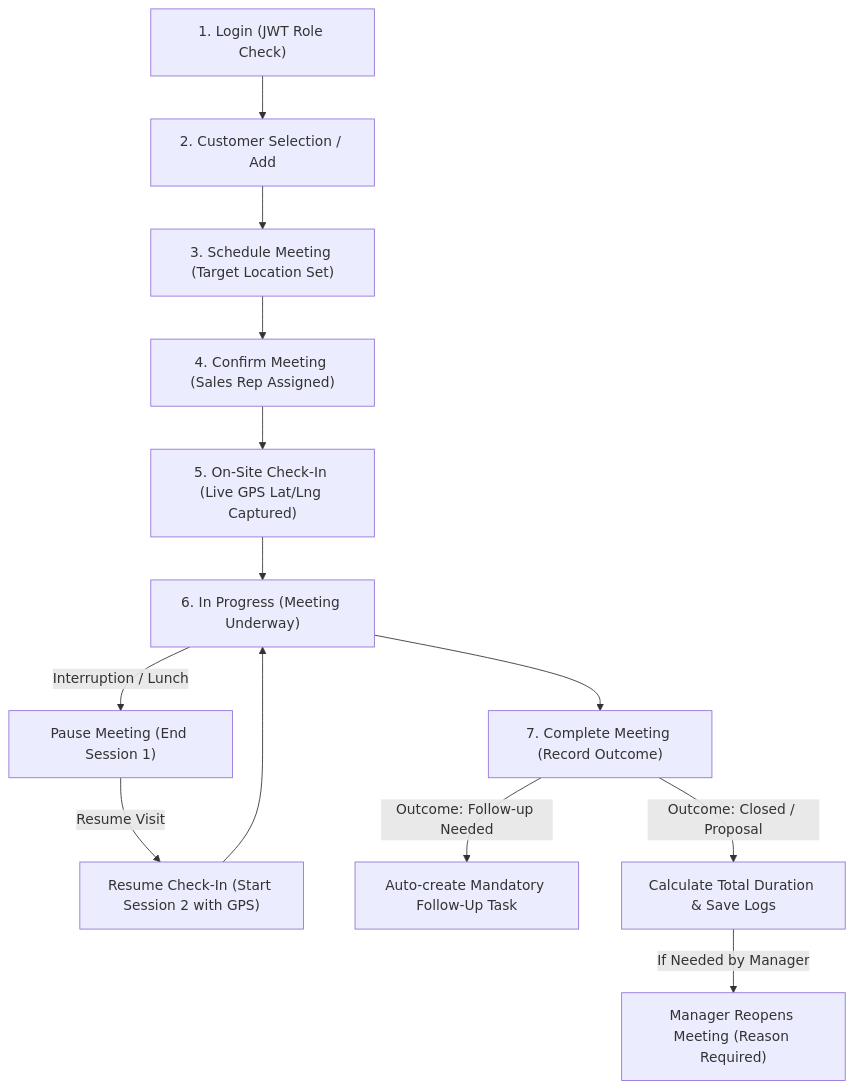
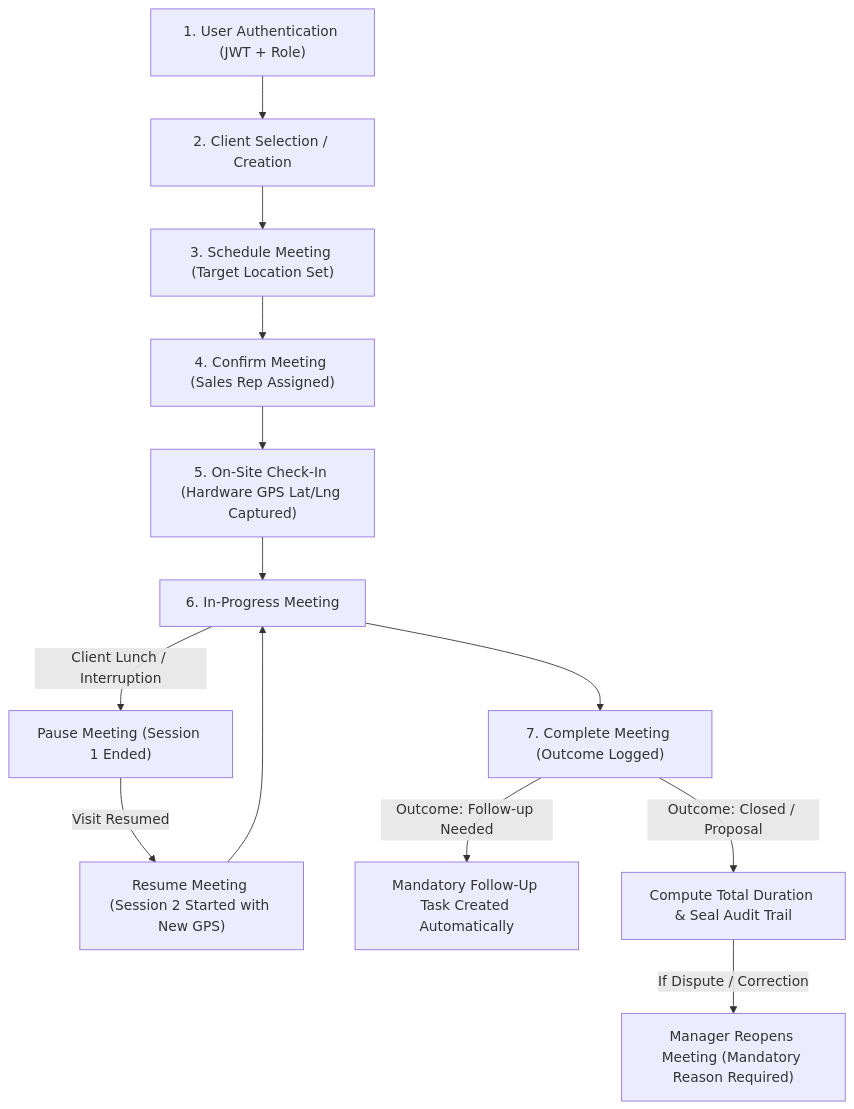
Before and after one commit to riTtik716/Optronix_Technical: the diagram in PROJECT_EXPLANATION.md, drawn with Mermaid. The commit also changed other lines of this file, not shown here.

````diff
--- a/PROJECT_EXPLANATION.md
+++ b/PROJECT_EXPLANATION.md
@@ -36,15 +39,15 @@
 ```mermaid
 flowchart TD
-    A["1. Login (JWT Role Check)"] --> B["2. Customer Selection / Add"]
+    A["1. User Authentication (JWT + Role)"] --> B["2. Client Selection / Creation"]
     B --> C["3. Schedule Meeting (Target Location Set)"]
     C --> D["4. Confirm Meeting (Sales Rep Assigned)"]
-    D --> E["5. On-Site Check-In (Live GPS Lat/Lng Captured)"]
-    E --> F["6. In Progress (Meeting Underway)"]
-    F -->|Interruption / Lunch| G["Pause Meeting (End Session 1)"]
-    G -->|Resume Visit| H["Resume Check-In (Start Session 2 with GPS)"]
+    D --> E["5. On-Site Check-In (Hardware GPS Lat/Lng Captured)"]
+    E --> F["6. In-Progress Meeting"]
+    F -->|Client Lunch / Interruption| G["Pause Meeting (Session 1 Ended)"]
+    G -->|Visit Resumed| H["Resume Meeting (Session 2 Started with New GPS)"]
     H --> F
-    F --> I["7. Complete Meeting (Record Outcome)"]
-    I -->|Outcome: Follow-up Needed| J["Auto-create Mandatory Follow-Up Task"]
-    I -->|Outcome: Closed / Proposal| K["Calculate Total Duration & Save Logs"]
-    K -->|If Needed by Manager| L["Manager Reopens Meeting (Reason Required)"]
+    F --> I["7. Complete Meeting (Outcome Logged)"]
+    I -->|Outcome: Follow-up Needed| J["Mandatory Follow-Up Task Created Automatically"]
+    I -->|Outcome: Closed / Proposal| K["Compute Total Duration & Seal Audit Trail"]
+    K -->|If Dispute / Correction| L["Manager Reopens Meeting (Mandatory Reason Required)"]
 ```
````
